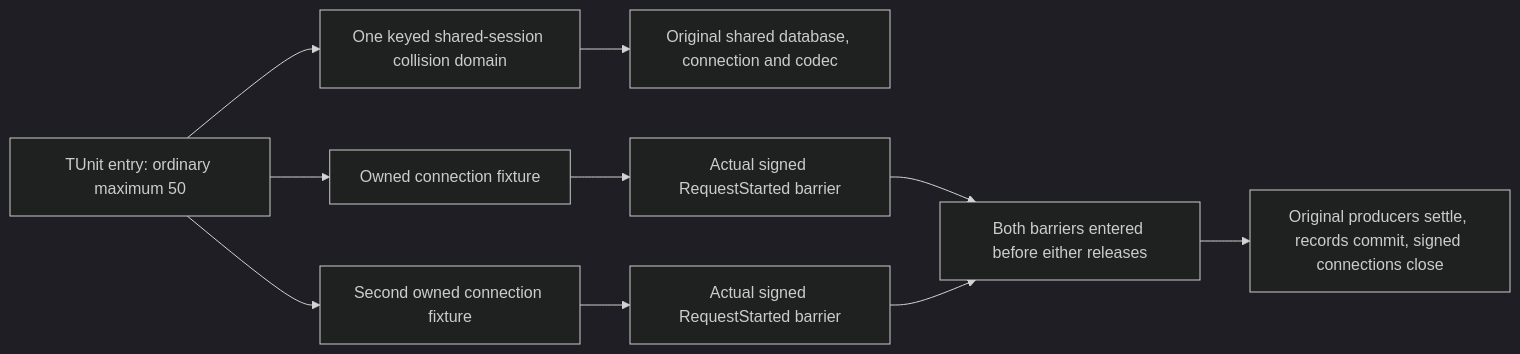
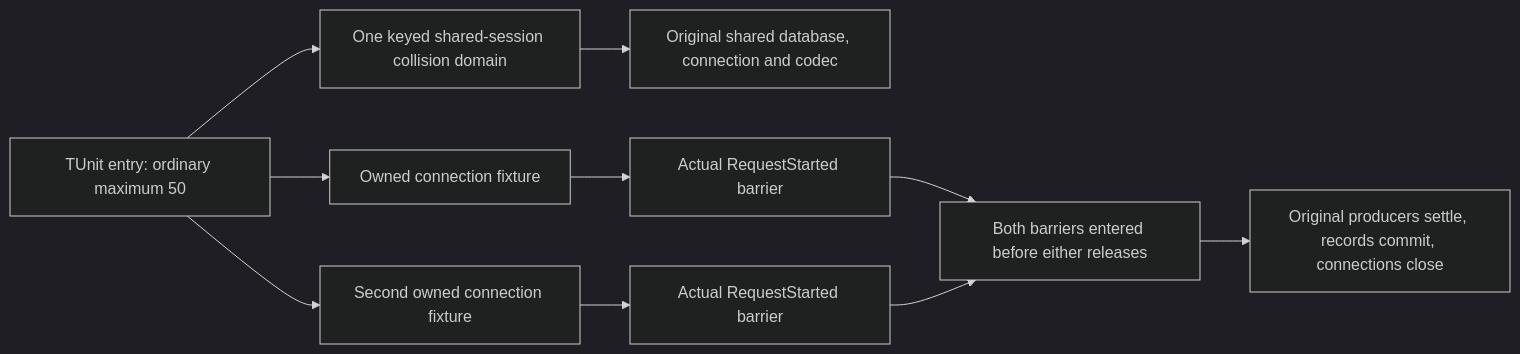
Before and after one commit to managedcode/KeyLoad: the diagram in docs/Features/OrleansExecution/RegressionScheduling.md, drawn with Mermaid (dark theme). The commit also changed 174 other files, not shown here.

````diff
--- a/docs/Features/OrleansExecution/RegressionScheduling.md
+++ b/docs/Features/OrleansExecution/RegressionScheduling.md
@@ -7,12 +7,12 @@
 ```mermaid
 flowchart LR
     T[TUnit entry: ordinary maximum 50] --> S[One keyed shared-session collision domain]
     T --> L[Owned connection fixture]
     T --> R[Second owned connection fixture]
     S --> D[Original shared database, connection and codec]
-    L --> LB[Actual signed RequestStarted barrier]
-    R --> RB[Actual signed RequestStarted barrier]
+    L --> LB[Actual RequestStarted barrier]
+    R --> RB[Actual RequestStarted barrier]
     LB --> J[Both barriers entered before either releases]
     RB --> J
-    J --> F[Original producers settle, records commit, signed connections close]
+    J --> F[Original producers settle, records commit, connections close]
 ```
````
